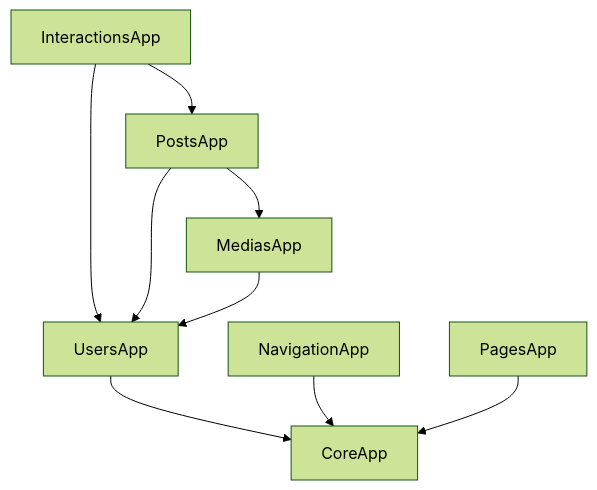
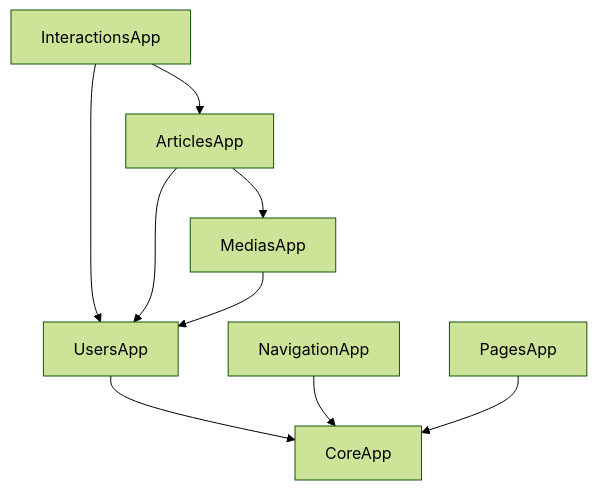
Before and after one commit to amirhossein-moloki/Blog: the ninth of 9 diagrams in docs/SYSTEM_DESIGN.md, drawn with Mermaid (forest theme). The commit also changed other lines of this file and 23 other files, not shown here.

````diff
--- a/docs/SYSTEM_DESIGN.md
+++ b/docs/SYSTEM_DESIGN.md
@@ -320,11 +320,11 @@
 ```mermaid
 flowchart TD
     UsersApp --> CoreApp
-    PostsApp --> UsersApp
-    PostsApp --> MediasApp
+    ArticlesApp --> UsersApp
+    ArticlesApp --> MediasApp
     InteractionsApp --> UsersApp
-    InteractionsApp --> PostsApp
+    InteractionsApp --> ArticlesApp
     NavigationApp --> CoreApp
     PagesApp --> CoreApp
     MediasApp --> UsersApp
 ```
````
